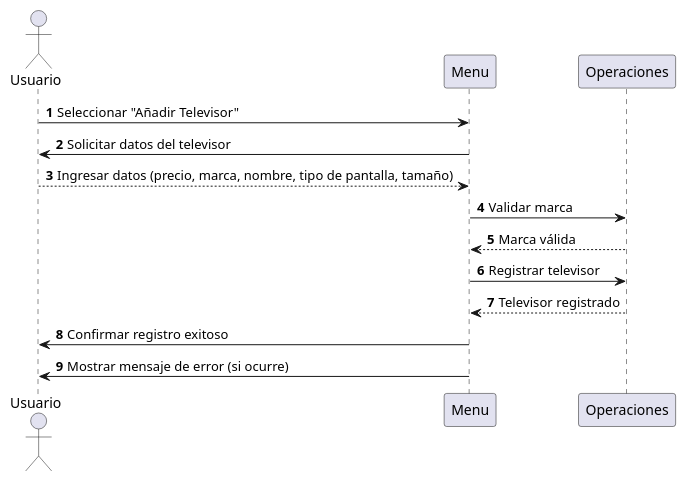
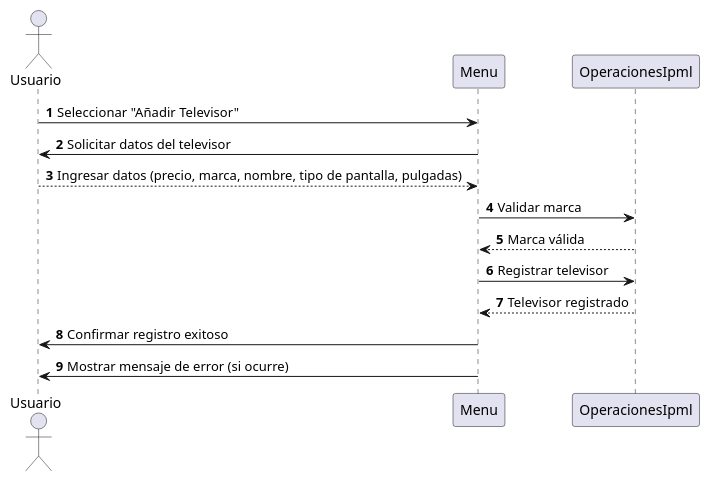
The diagram in src/umlDiagram/DiagramaSecuenciaAnadirTelevisor.puml (Gabriel28112005/GabrielPenaPractica2DOO), drawn with PlantUML before and after one commit. The commit also changed 2 other files, not shown here.

```diff
--- a/src/umlDiagram/DiagramaSecuenciaAnadirTelevisor.puml
+++ b/src/umlDiagram/DiagramaSecuenciaAnadirTelevisor.puml
@@ -1,21 +1,21 @@
 @startuml
 autonumber
 
 actor Usuario as user
 participant "Menu" as menu
-participant "Operaciones" as operaciones
+participant "OperacionesIpml" as operaciones
 
 user -> menu: Seleccionar "Añadir Televisor"
 menu -> user: Solicitar datos del televisor
-user --> menu: Ingresar datos (precio, marca, nombre, tipo de pantalla, tamaño)
+user --> menu: Ingresar datos (precio, marca, nombre, tipo de pantalla, pulgadas)
 
 menu -> operaciones: Validar marca
 operaciones --> menu: Marca válida
 
 menu -> operaciones: Registrar televisor
 operaciones --> menu: Televisor registrado
 
 menu -> user: Confirmar registro exitoso
 menu -> user: Mostrar mensaje de error (si ocurre)
 
 @enduml
```
